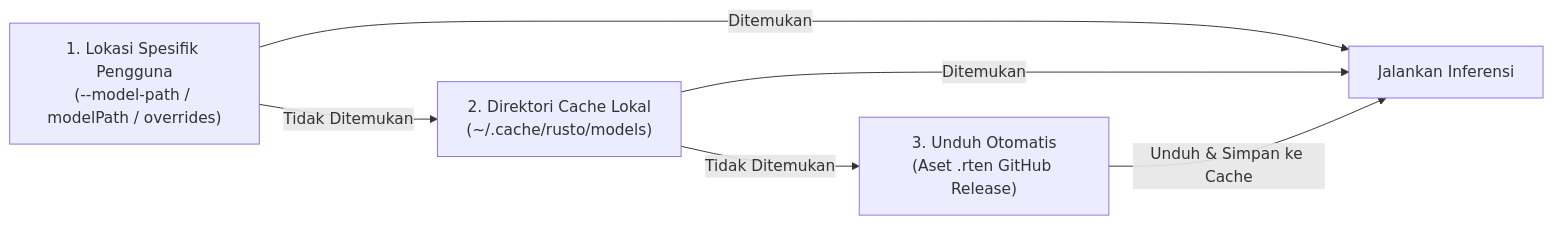
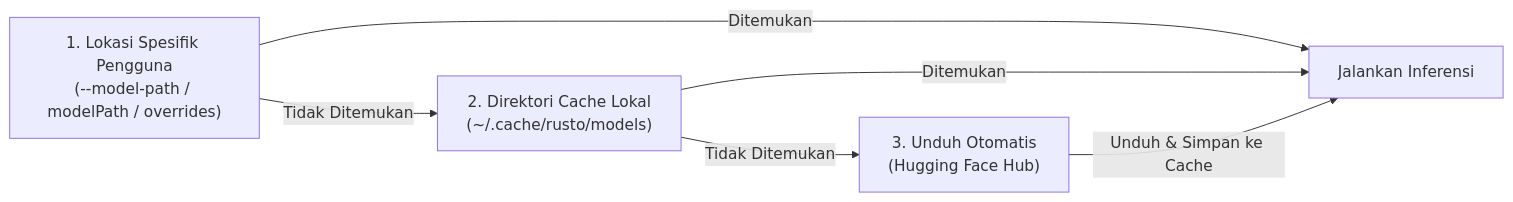
The second of 2 diagrams in docs/content/id/03.advance-guide/01.models-and-tiers.md (byrizki/rusto-rs), drawn with Mermaid before and after one commit. The commit also changed other lines of this file and 63 other files, not shown here.

````diff
--- a/docs/content/id/03.advance-guide/01.models-and-tiers.md
+++ b/docs/content/id/03.advance-guide/01.models-and-tiers.md
@@ -77,8 +77,8 @@
 ```mermaid
 flowchart LR
     A["1. Lokasi Spesifik Pengguna<br/>(--model-path / modelPath / overrides)"] -->|Ditemukan| RUN["Jalankan Inferensi"]
     A -->|Tidak Ditemukan| B["2. Direktori Cache Lokal<br/>(~/.cache/rusto/models)"]
     B -->|Ditemukan| RUN
-    B -->|Tidak Ditemukan| C["3. Unduh Otomatis<br/>(Aset .rten GitHub Release)"]
+    B -->|Tidak Ditemukan| C["3. Unduh Otomatis<br/>(Hugging Face Hub)"]
     C -->|Unduh & Simpan ke Cache| RUN
 ```
````
